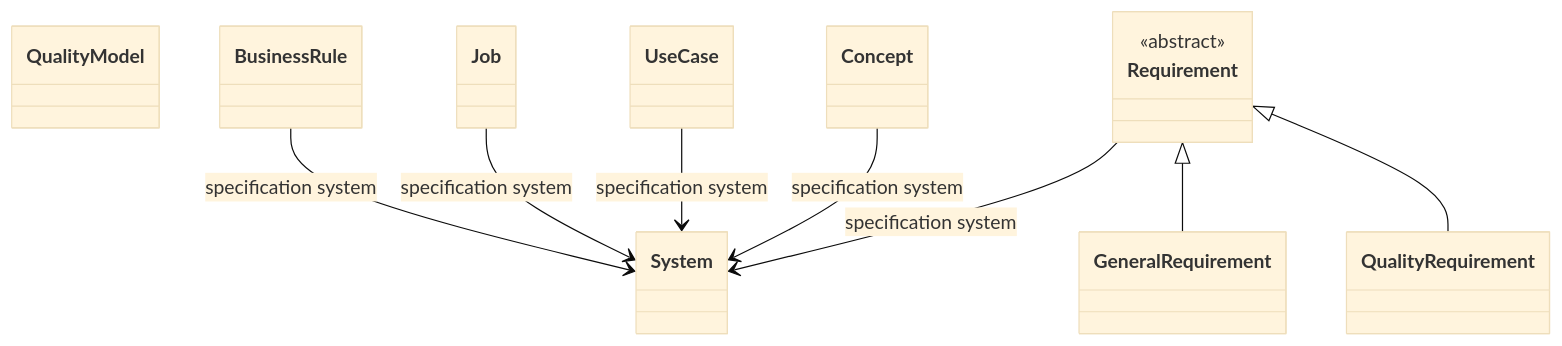
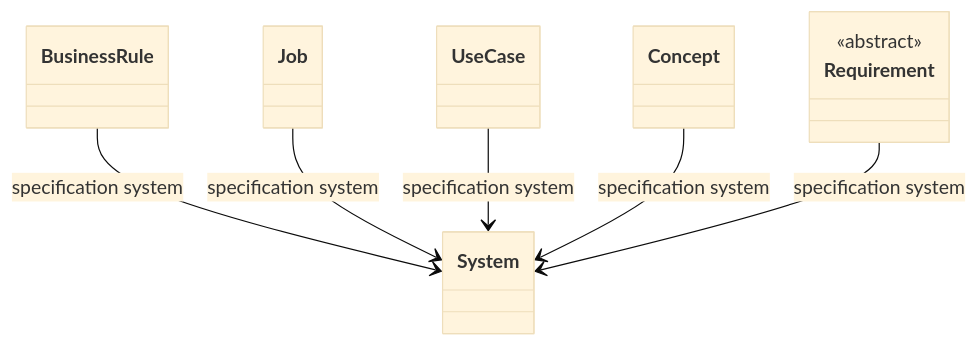
The second of 17 diagrams in docs/reference/model/core.md (craigsmitham/dotspec), drawn with Mermaid (base theme) before and after one commit. The commit also changed other lines of this file and 39 other files, not shown here.

````diff
--- a/docs/reference/model/core.md
+++ b/docs/reference/model/core.md
@@ -30,21 +75,16 @@
 ```mermaid
 classDiagram
     direction TB
     class System
-    class QualityModel
     class BusinessRule
     class Job
     class UseCase
     class Concept
     class Requirement
     <<abstract>> Requirement
-    class GeneralRequirement
-    class QualityRequirement
-    Requirement <|-- GeneralRequirement
-    Requirement <|-- QualityRequirement
     BusinessRule --> System : specification system
     Job --> System : specification system
     UseCase --> System : specification system
     Concept --> System : specification system
     Requirement --> System : specification system
 ```
````
